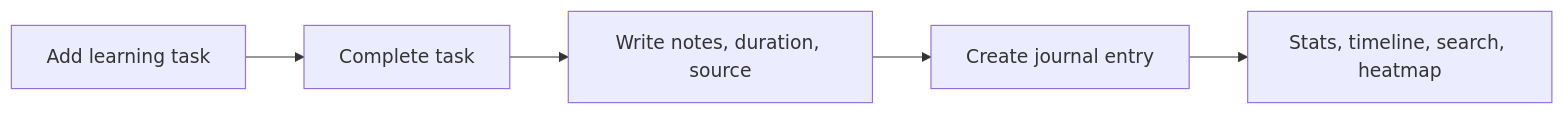
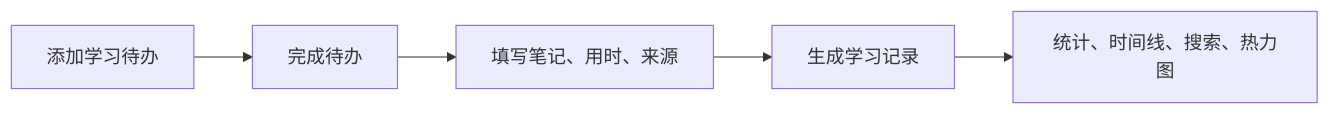
Before and after one commit to Bb0rry/learning-journal: the diagram in README.md, drawn with Mermaid. The commit also changed other lines of this file and 2 other files, not shown here.

````diff
--- a/README.md
+++ b/README.md
@@ -109,7 +114,7 @@
 ```mermaid
 flowchart LR
-  A["Add learning task"] --> B["Complete task"]
-  B --> C["Write notes, duration, source"]
-  C --> D["Create journal entry"]
-  D --> E["Stats, timeline, search, heatmap"]
+  A["添加学习待办"] --> B["完成待办"]
+  B --> C["填写笔记、用时、来源"]
+  C --> D["生成学习记录"]
+  D --> E["统计、时间线、搜索、热力图"]
 ```
````
